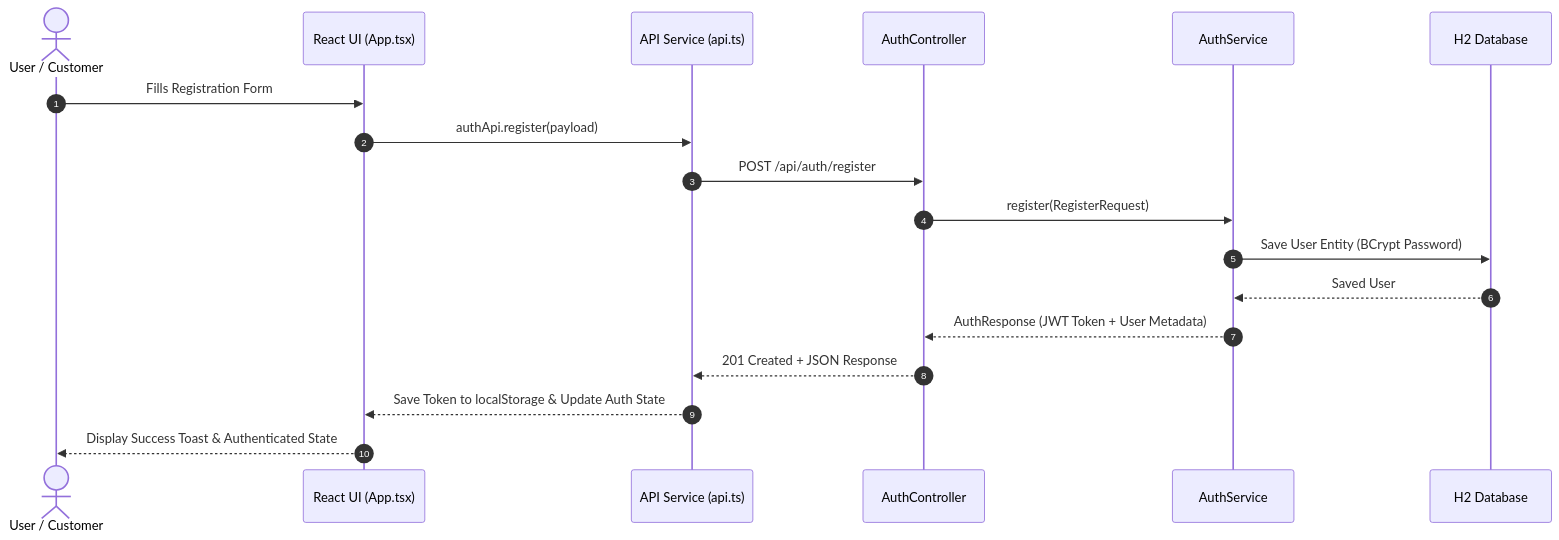
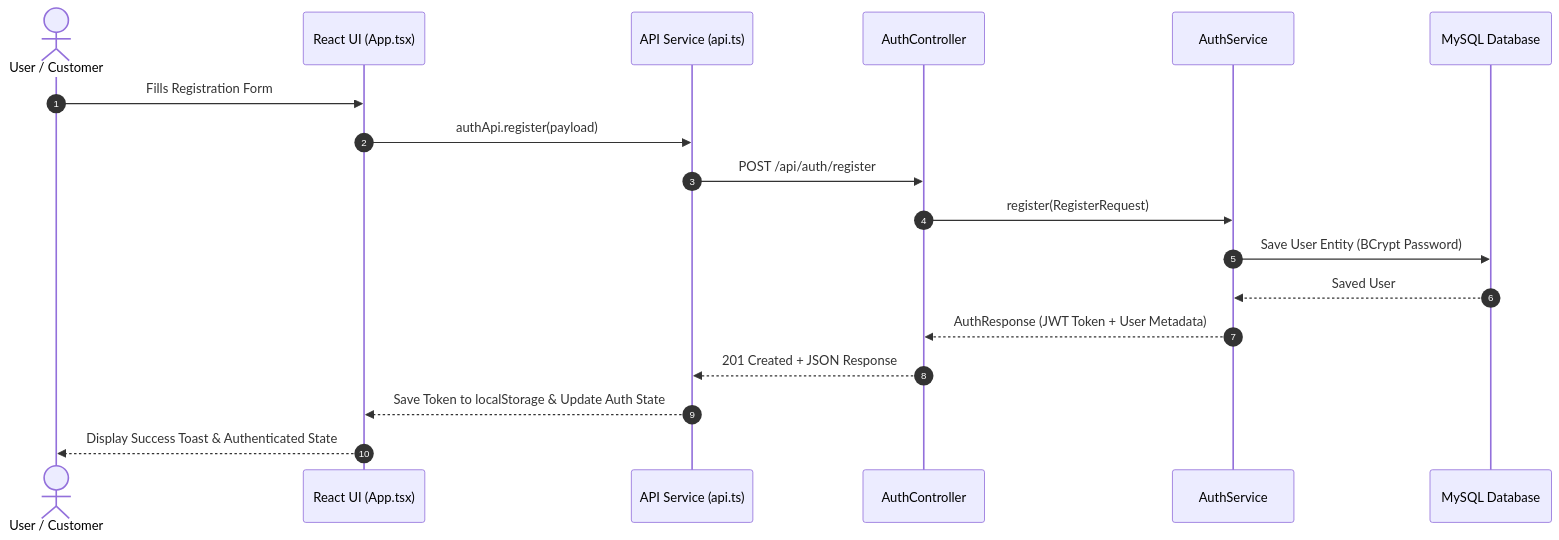
One commit to Nithz-codes/Sizzle changed the third of 3 diagrams in docs/ARCHITECTURE.md. Above: the diagram before and after it, drawn with Mermaid. The commit also changed other lines of this file and 11 other files, not shown here.

````diff
--- a/docs/ARCHITECTURE.md
+++ b/docs/ARCHITECTURE.md
@@ -120,21 +120,21 @@
 ```mermaid
 sequenceDiagram
     autonumber
     actor Customer as User / Customer
     participant UI as React UI (App.tsx)
     participant Service as API Service (api.ts)
     participant Auth as AuthController
     participant UserSvc as AuthService
-    participant DB as H2 Database
+    participant DB as MySQL Database
 
     Customer->>UI: Fills Registration Form
     UI->>Service: authApi.register(payload)
     Service->>Auth: POST /api/auth/register
     Auth->>UserSvc: register(RegisterRequest)
     UserSvc->>DB: Save User Entity (BCrypt Password)
     DB-->>UserSvc: Saved User
     UserSvc-->>Auth: AuthResponse (JWT Token + User Metadata)
     Auth-->>Service: 201 Created + JSON Response
     Service-->>UI: Save Token to localStorage & Update Auth State
     UI-->>Customer: Display Success Toast & Authenticated State
 ```
````
